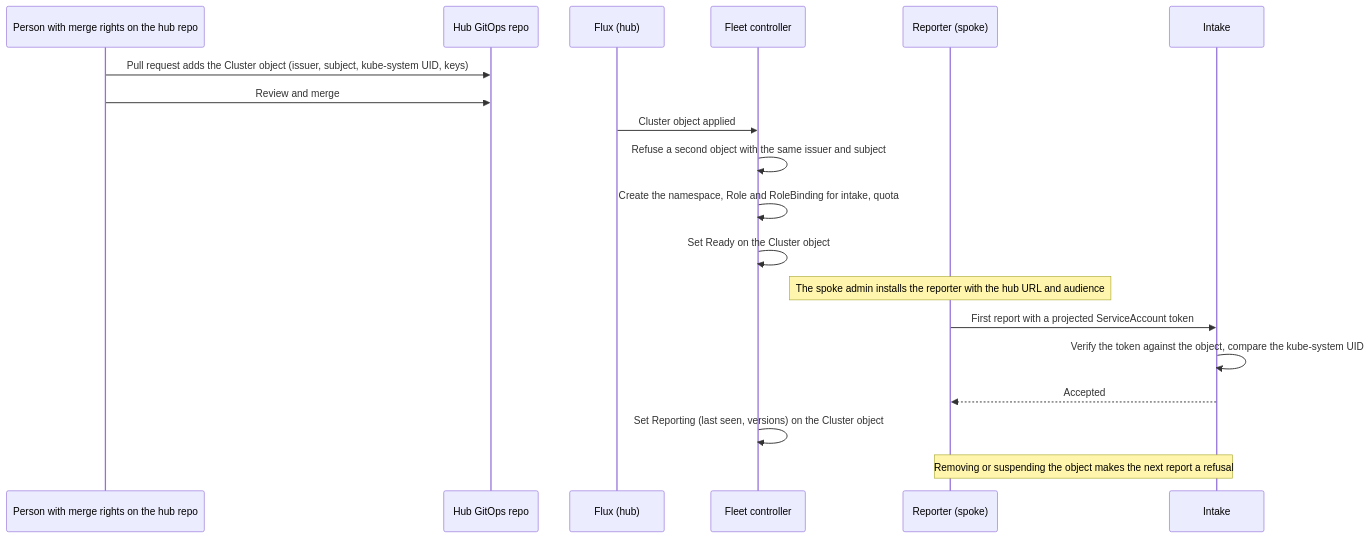
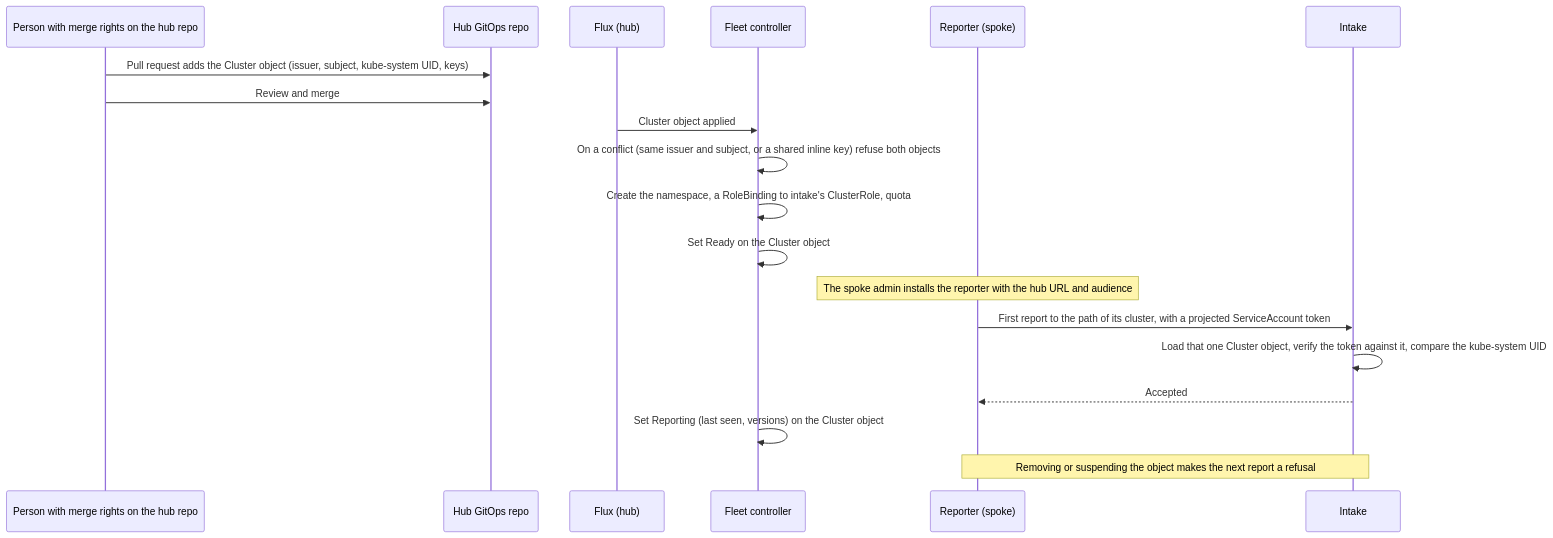
One commit to pkalin/shadewright changed the first of 2 diagrams in docs/adr/0038-control-plane-mode-a-hub-that-many-clusters-report-to.md. Above: the diagram before and after it, drawn with Mermaid. The commit also changed other lines of this file and 2 other files, not shown here.

First line of the commit message:
docs(adr): tighten ADR-0038 identity, intake checks and prototype limits

````diff
--- a/docs/adr/0038-control-plane-mode-a-hub-that-many-clusters-report-to.md
+++ b/docs/adr/0038-control-plane-mode-a-hub-that-many-clusters-report-to.md
@@ -51,21 +51,21 @@
 ```mermaid
 sequenceDiagram
     participant P as Person with merge rights on the hub repo
     participant R as Hub GitOps repo
     participant F as Flux (hub)
     participant C as Fleet controller
     participant S as Reporter (spoke)
     participant I as Intake
     P->>R: Pull request adds the Cluster object (issuer, subject, kube-system UID, keys)
     P->>R: Review and merge
     F->>C: Cluster object applied
-    C->>C: Refuse a second object with the same issuer and subject
-    C->>C: Create the namespace, Role and RoleBinding for intake, quota
+    C->>C: On a conflict (same issuer and subject, or a shared inline key) refuse both objects
+    C->>C: Create the namespace, a RoleBinding to intake's ClusterRole, quota
     C->>C: Set Ready on the Cluster object
     Note over S: The spoke admin installs the reporter with the hub URL and audience
-    S->>I: First report with a projected ServiceAccount token
-    I->>I: Verify the token against the object, compare the kube-system UID
+    S->>I: First report to the path of its cluster, with a projected ServiceAccount token
+    I->>I: Load that one Cluster object, verify the token against it, compare the kube-system UID
     I-->>S: Accepted
     C->>C: Set Reporting (last seen, versions) on the Cluster object
     Note over S,I: Removing or suspending the object makes the next report a refusal
 ```
````
